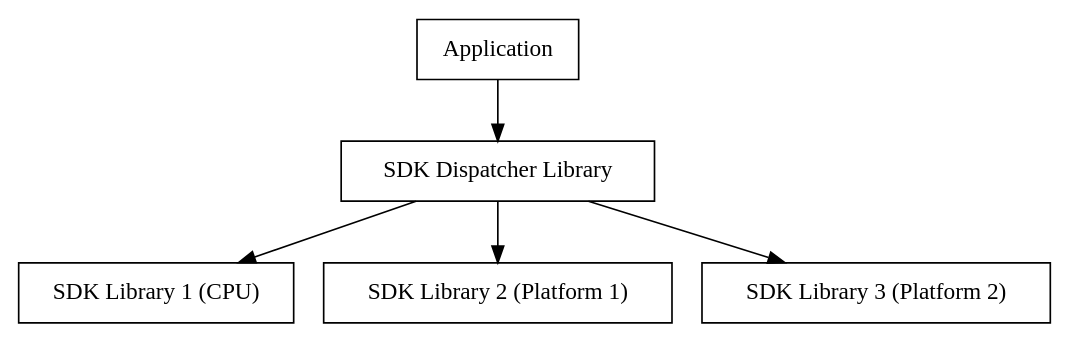
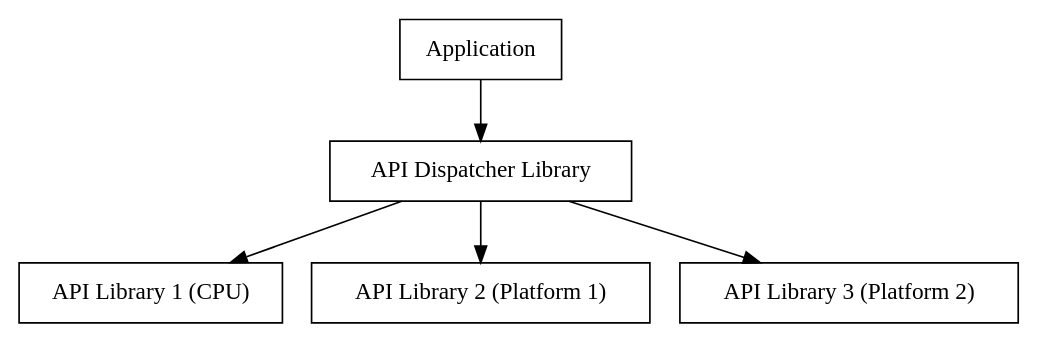
Before and after one commit to oneapi-src/oneVPL-cpu: the diagram in doc/developer-reference/VPL_architecture.rst, drawn with Graphviz. The commit also changed other lines of this file and 1 other file, not shown here.

```diff
--- a/doc/developer-reference/VPL_architecture.rst
+++ b/doc/developer-reference/VPL_architecture.rst
@@ -30,14 +30,14 @@
 .. graphviz::
 
   digraph {
     rankdir=TB;
     Application [shape=record label="Application" ];
-    Sdk [shape=record  label="SDK Dispatcher Library"];
-    Lib1 [shape=record  label="SDK Library 1 (CPU)"];
-    Lib2 [shape=record  label="SDK Library 2 (Platform 1)"];
-    Lib3 [shape=record  label="SDK Library 3 (Platform 2)"];
-    Application->Sdk;
-    Sdk->Lib1;
-    Sdk->Lib2;
-    Sdk->Lib3;
+    API [shape=record  label="API Dispatcher Library"];
+    Lib1 [shape=record  label="API Library 1 (CPU)"];
+    Lib2 [shape=record  label="API Library 2 (Platform 1)"];
+    Lib3 [shape=record  label="API Library 3 (Platform 2)"];
+    Application->API;
+    API->Lib1;
+    API->Lib2;
+    API->Lib3;
   }
```
